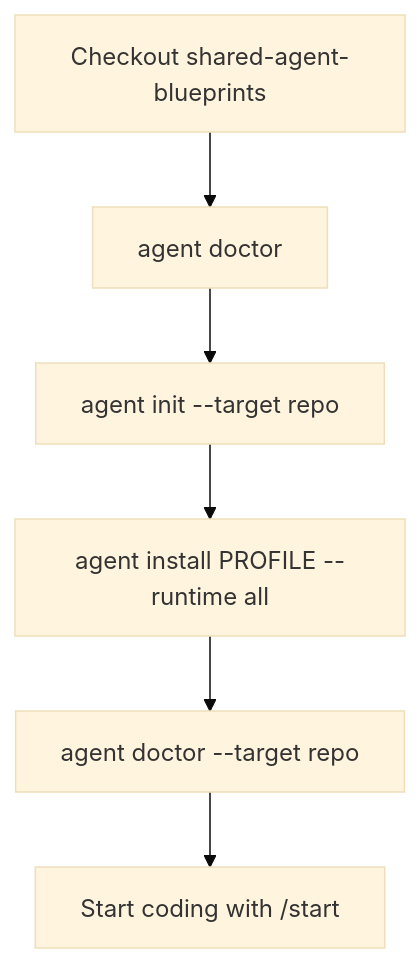
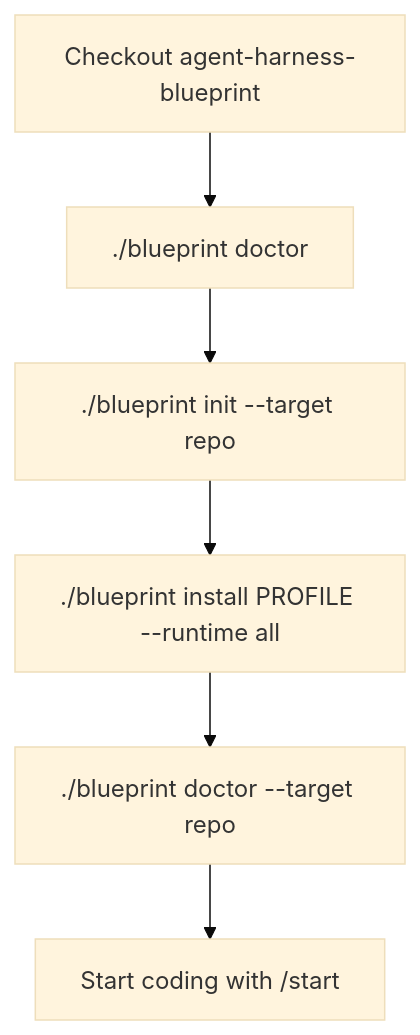
The first of 2 diagrams in docs/setup.md (Supparerk23/agent-harness-blueprint), drawn with Mermaid (base theme) before and after one commit. The commit also changed other lines of this file and 13 other files, not shown here.

````diff
--- a/docs/setup.md
+++ b/docs/setup.md
@@ -7,8 +7,8 @@
 ```mermaid
 flowchart TD
-  A[Checkout shared-agent-blueprints] --> B["agent doctor"]
-  B --> C["agent init --target repo"]
-  C --> D["agent install PROFILE --runtime all"]
-  D --> E["agent doctor --target repo"]
+  A[Checkout agent-harness-blueprint] --> B["./blueprint doctor"]
+  B --> C["./blueprint init --target repo"]
+  C --> D["./blueprint install PROFILE --runtime all"]
+  D --> E["./blueprint doctor --target repo"]
   E --> F[Start coding with /start]
 ```
````
